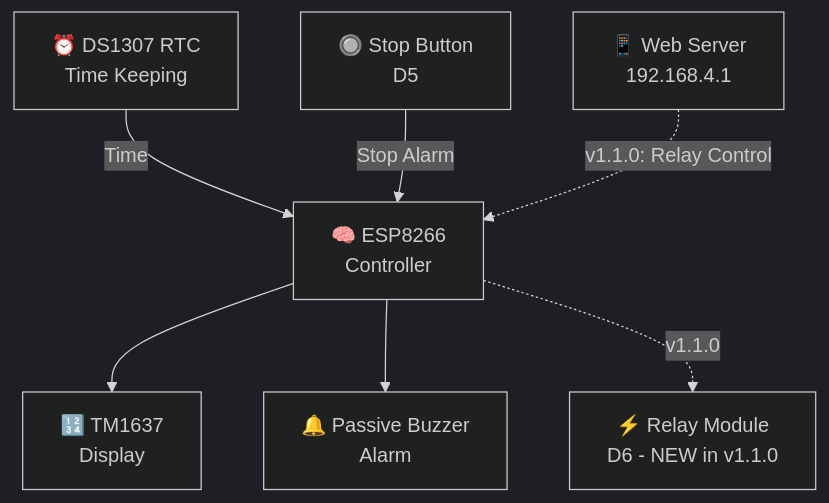
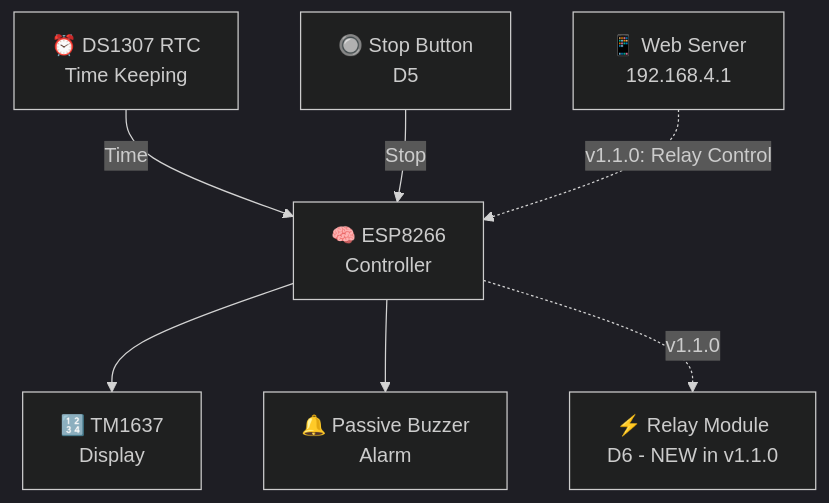
The diagram in READMEediti.md (husain6308/esp8266-bomb-clock), drawn with Mermaid (dark theme) before and after one commit. The commit also changed other lines of this file, not shown here.

````diff
--- a/READMEediti.md
+++ b/READMEediti.md
@@ -171,9 +187,9 @@
 ```mermaid
 flowchart TD
     RTC["⏰ DS1307 RTC<br/>Time Keeping"] -->|Time| ESP["🧠 ESP8266<br/>Controller"]
     ESP --> LCD["🔢 TM1637<br/>Display"]
     ESP --> BUZ["🔔 Passive Buzzer<br/>Alarm"]
-    BTN["🔘 Stop Button<br/>D5"] -->|Stop Alarm| ESP
+    BTN["🔘 Stop Button<br/>D5"] -->|Stop| ESP
     ESP -.->|v1.1.0| REL["⚡ Relay Module<br/>D6 - NEW in v1.1.0"]
     WEB["📱 Web Server<br/>192.168.4.1"] -.->|"v1.1.0: Relay Control"| ESP
 ```
````
